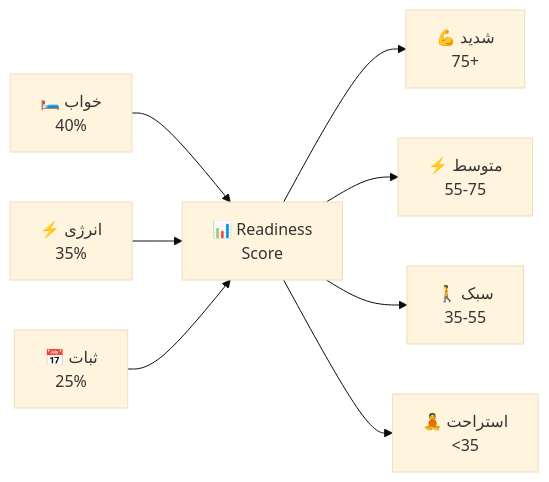
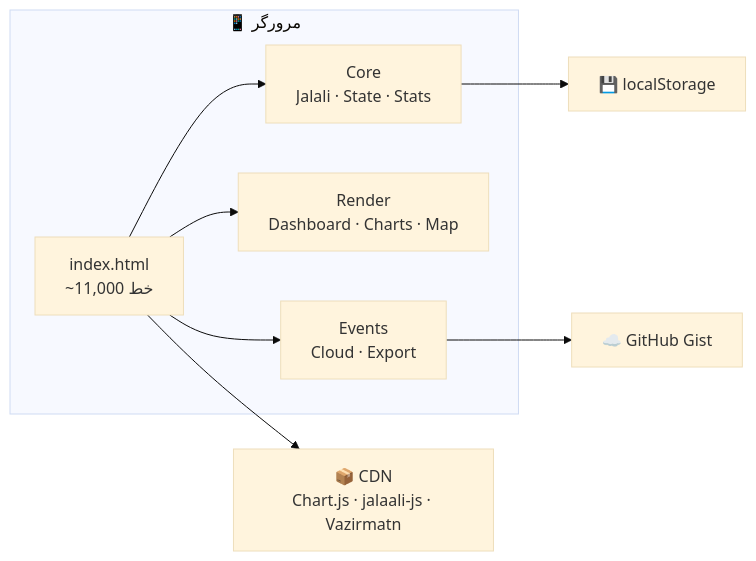
Before and after one commit to abbasahmadizade/my-sport-reports-only: the diagram in README.md, drawn with Mermaid (base theme). The commit also changed other lines of this file, not shown here.

````diff
--- a/README.md
+++ b/README.md
@@ -280,11 +44,12 @@
 ```mermaid
 graph LR
-    A["🛏️ خواب<br/>40%"] --> Score["📊 Readiness<br/>Score"]
-    B["⚡ انرژی<br/>35%"] --> Score
-    C["📅 ثبات<br/>25%"] --> Score
-    
-    Score --> D["💪 شدید<br/>75+"]
-    Score --> E["⚡ متوسط<br/>55-75"]
-    Score --> F["🚶 سبک<br/>35-55"]
-    Score --> G["🧘 استراحت<br/><35"]
+    subgraph "📱 مرورگر"
+        A["index.html<br/>~11,000 خط"]
+        A --> B["Core<br/>Jalali · State · Stats"]
+        A --> C["Render<br/>Dashboard · Charts · Map"]
+        A --> D["Events<br/>Cloud · Export"]
+    end
+    B --> E["💾 localStorage"]
+    D --> F["☁️ GitHub Gist"]
+    A --> G["📦 CDN<br/>Chart.js · jalaali-js · Vazirmatn"]
 ```
````
